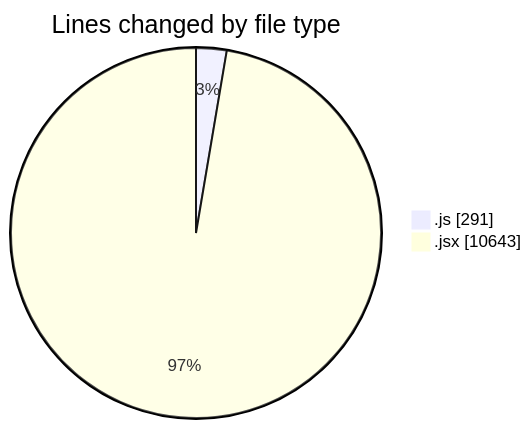
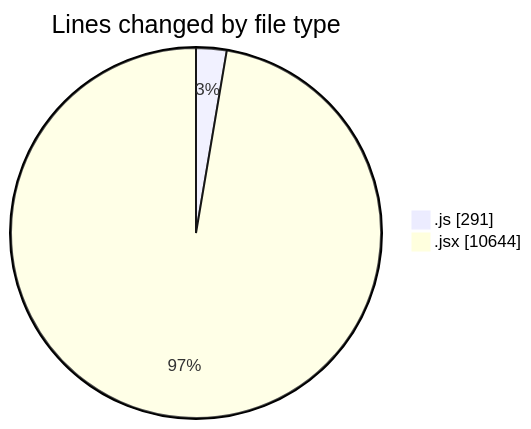
The first of 2 diagrams in 2025-07-28/nxtqube_webapp/README.md (nxtqubesakshisongat/code-tracking), drawn with Mermaid before and after one commit. The commit also changed other lines of this file and 1 other file, not shown here.

````diff
--- a/2025-07-28/nxtqube_webapp/README.md
+++ b/2025-07-28/nxtqube_webapp/README.md
@@ -45,6 +45,6 @@
 ```mermaid
 pie showData
 title Lines changed by file type
 ".js" : 291
-".jsx" : 10643
+".jsx" : 10644
 ```
````
